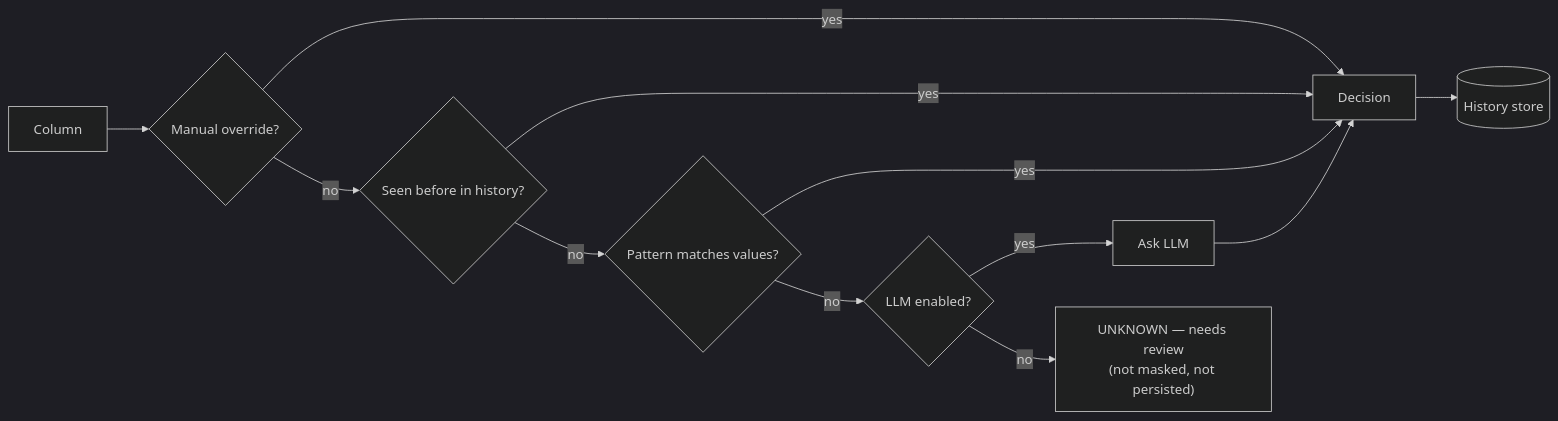
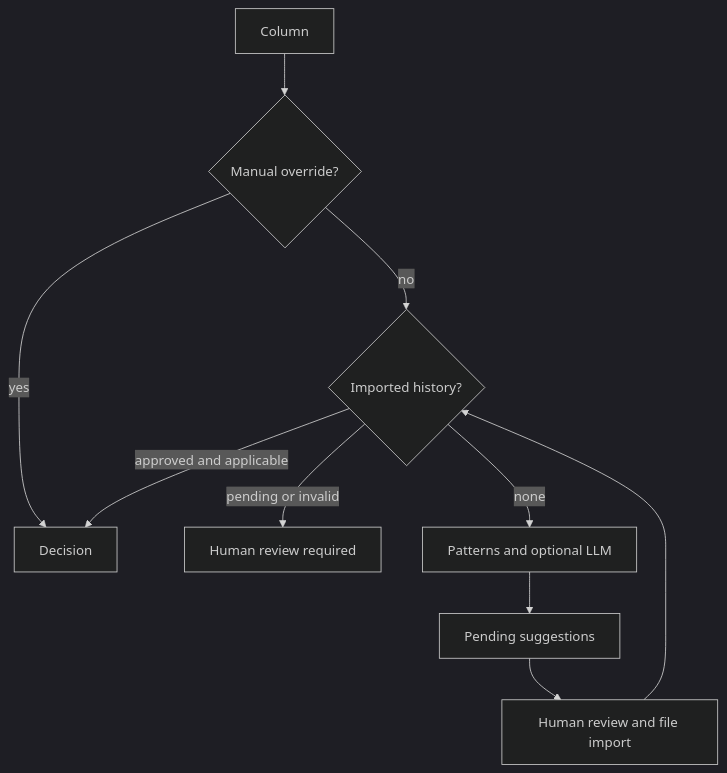
The diagram in README.md (bobaikato/dbmask), drawn with Mermaid (dark theme) before and after one commit. The commit also changed other lines of this file and 23 other files, not shown here.

First line of the commit message:
feat(history): import reviewed decisions from local files (#28)

````diff
--- a/README.md
+++ b/README.md
@@ -109,13 +110,12 @@
 ```mermaid
-flowchart LR
+flowchart TD
     A[Column] --> B{Manual override?}
-    B -- yes --> Z[Decision]
-    B -- no --> C{Seen before in history?}
-    C -- yes --> Z
-    C -- no --> D{Pattern matches values?}
-    D -- yes --> Z
-    D -- no --> E{LLM enabled?}
-    E -- yes --> F[Ask LLM] --> Z
-    E -- no --> G["UNKNOWN — needs review<br/>(not masked, not persisted)"]
-    Z --> H[(History store)]
+    B -->|yes| Z[Decision]
+    B -->|no| C{Imported history?}
+    C -->|approved and applicable| Z
+    C -->|pending or invalid| R[Human review required]
+    C -->|none| D[Patterns and optional LLM]
+    D --> S[Pending suggestions]
+    S --> H[Human review and file import]
+    H --> C
 ```
````
